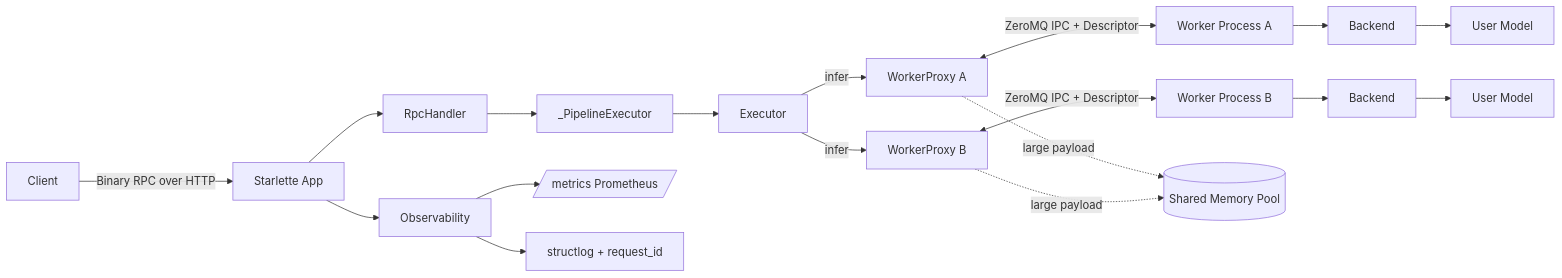
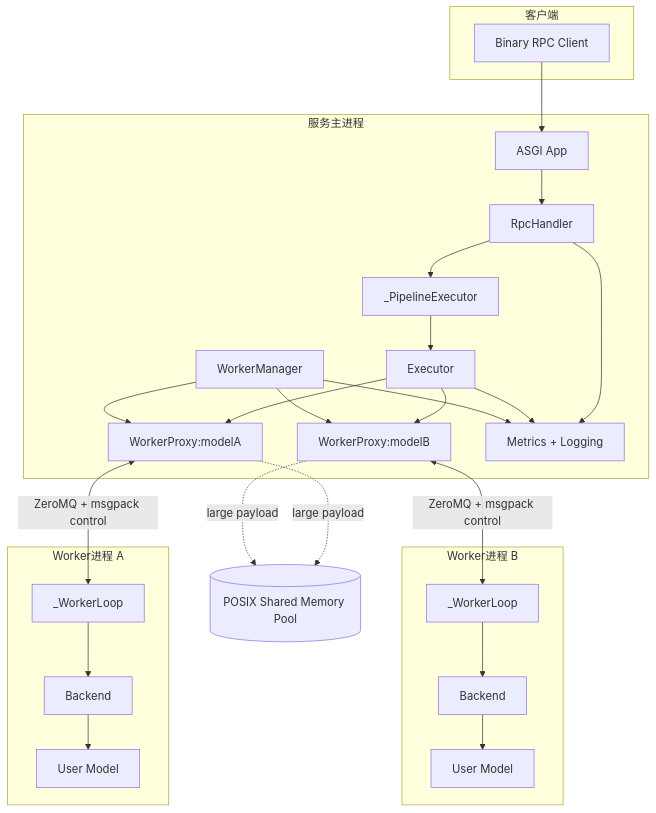
The first of 3 diagrams in docs/design/架构设计.md (caitengwei/Nerva), drawn with Mermaid before and after one commit. The commit also changed other lines of this file and 4 other files, not shown here.

````diff
--- a/docs/design/架构设计.md
+++ b/docs/design/架构设计.md
@@ -18,25 +43,51 @@
 ```mermaid
-flowchart LR
-    C[Client] -->|Binary RPC over HTTP| S[Starlette App]
-    S --> R[RpcHandler]
-    R --> P[_PipelineExecutor]
-    P --> E[Executor]
+flowchart TB
+    subgraph ClientSide[客户端]
+      C[Binary RPC Client]
+    end
 
-    E -->|infer| WP1[WorkerProxy A]
-    E -->|infer| WP2[WorkerProxy B]
+    subgraph ServerProcess[服务主进程]
+      APP[ASGI App]
+      RPC[RpcHandler]
+      PIPE[_PipelineExecutor]
+      EXE[Executor]
+      WM[WorkerManager]
+      WP1[WorkerProxy:modelA]
+      WP2[WorkerProxy:modelB]
+      MET[Metrics + Logging]
+    end
 
-    WP1 <-->|ZeroMQ IPC + Descriptor| W1[Worker Process A]
-    WP2 <-->|ZeroMQ IPC + Descriptor| W2[Worker Process B]
+    subgraph WorkerA[Worker进程 A]
+      LOOP1[_WorkerLoop]
+      BE1[Backend]
+      M1[User Model]
+    end
 
-    W1 --> B1[Backend]
-    W2 --> B2[Backend]
-    B1 --> M1[User Model]
-    B2 --> M2[User Model]
+    subgraph WorkerB[Worker进程 B]
+      LOOP2[_WorkerLoop]
+      BE2[Backend]
+      M2[User Model]
+    end
 
-    WP1 -. large payload .-> SHM[(Shared Memory Pool)]
-    WP2 -. large payload .-> SHM
+    SHM[(POSIX Shared Memory Pool)]
 
-    S --> O[Observability]
-    O --> MET[/metrics Prometheus/]
-    O --> LOG[structlog + request_id]
+    C --> APP --> RPC --> PIPE --> EXE
+    EXE --> WP1
+    EXE --> WP2
+
+    WM --> WP1
+    WM --> WP2
+
+    WP1 <-->|ZeroMQ + msgpack control| LOOP1
+    WP2 <-->|ZeroMQ + msgpack control| LOOP2
+
+    LOOP1 --> BE1 --> M1
+    LOOP2 --> BE2 --> M2
+
+    WP1 -.large payload.-> SHM
+    WP2 -.large payload.-> SHM
+
+    RPC --> MET
+    EXE --> MET
+    WM --> MET
 ```
````
